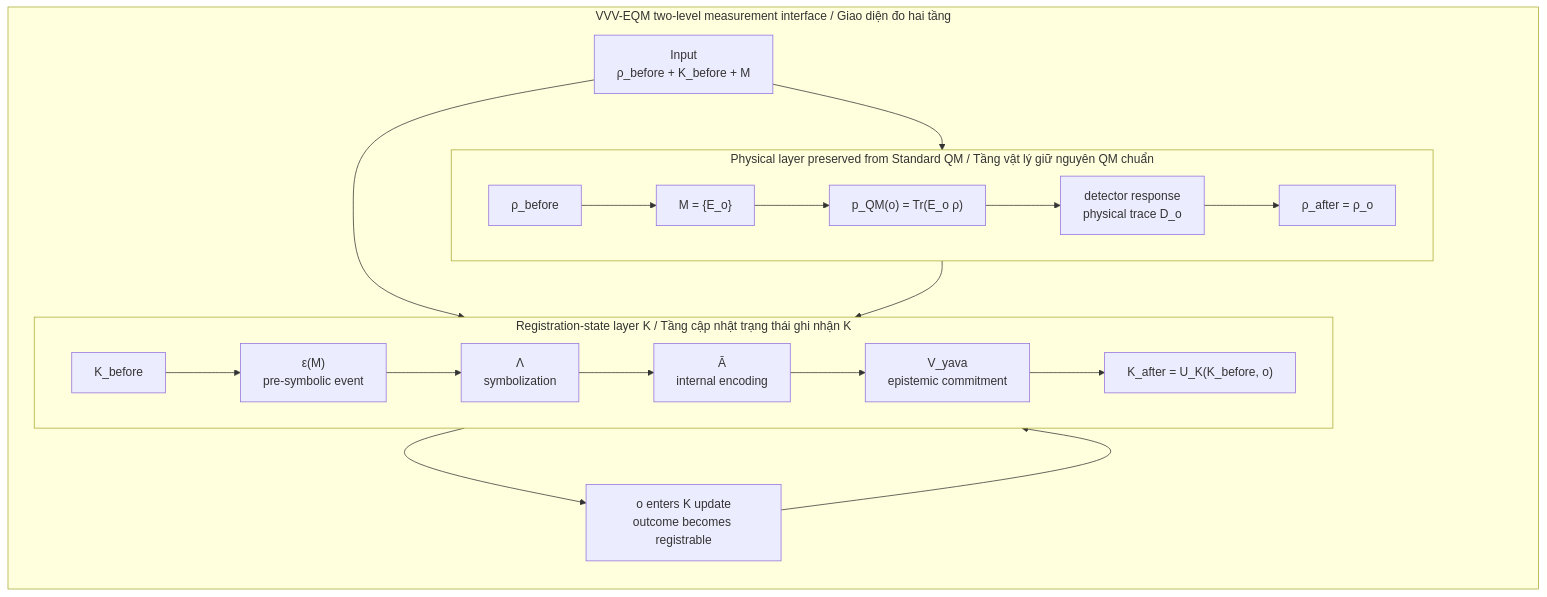
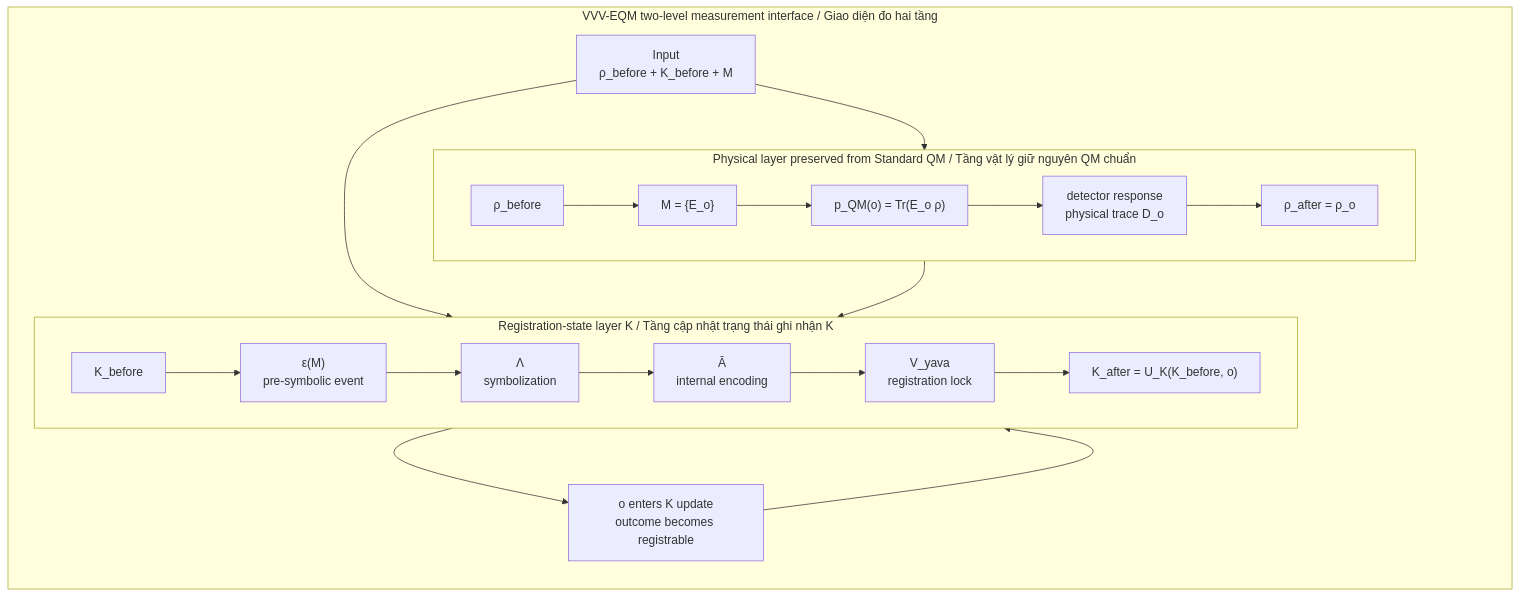
The second of 4 diagrams in documents/research_documents/vvv-eqm/VVV_EQM_vs_Standard_QM_system_diagram.md (AIhugART/VVV-QMRF-VietVunVut-Quantum-Measurement-Registration-Framework), drawn with Mermaid before and after one commit. The commit also changed other lines of this file and 9 other files, not shown here.

````diff
--- a/documents/research_documents/vvv-eqm/VVV_EQM_vs_Standard_QM_system_diagram.md
+++ b/documents/research_documents/vvv-eqm/VVV_EQM_vs_Standard_QM_system_diagram.md
@@ -79,36 +79,36 @@
 ```mermaid
 flowchart TB
   subgraph VVV["VVV-EQM two-level measurement interface / Giao diện đo hai tầng"]
     direction TB
     input["Input<br/>ρ_before + K_before + M"]
 
     subgraph physical["Physical layer preserved from Standard QM / Tầng vật lý giữ nguyên QM chuẩn"]
       direction LR
       rho["ρ_before"]
       effects["M = {E_o}"]
       prob["p_QM(o) = Tr(E_o ρ)"]
       response["detector response<br/>physical trace D_o"]
       rhoupdate["ρ_after = ρ_o"]
 
       rho --> effects --> prob --> response --> rhoupdate
     end
 
     subgraph epistemic["Registration-state layer K / Tầng cập nhật trạng thái ghi nhận K"]
       direction LR
       k0["K_before"]
       eps["ε(M)<br/>pre-symbolic event"]
       lambda["Λ<br/>symbolization"]
       akara["Ā<br/>internal encoding"]
-      vyava["V_yava<br/>epistemic commitment"]
+      vyava["V_yava<br/>registration lock"]
       k1["K_after = U_K(K_before, o)"]
 
       k0 --> eps --> lambda --> akara --> vyava --> k1
     end
 
     input --> rho
     input --> k0
     response --> eps
     lambda --> outcome["o enters K update<br/>outcome becomes registrable"]
     outcome --> k1
   end
 ```
````
